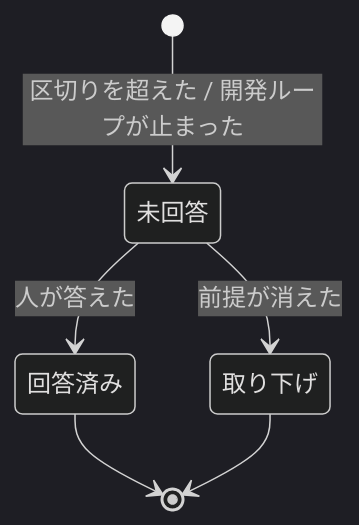
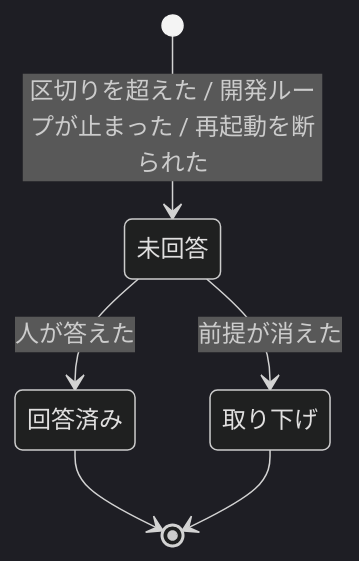
The sixth of 6 diagrams in issues/issue-2649-design.md (devbasex/ai-plugins), drawn with Mermaid (dark theme) before and after one commit. The commit also changed other lines of this file and 2 other files, not shown here.

````diff
--- a/issues/issue-2649-design.md
+++ b/issues/issue-2649-design.md
@@ -369,8 +379,8 @@
 ```mermaid
 stateDiagram-v2
-    [*] --> 未回答: 区切りを超えた / 開発ループが止まった
+    [*] --> 未回答: 区切りを超えた / 開発ループが止まった / 再起動を断られた
     未回答 --> 回答済み: 人が答えた
     未回答 --> 取り下げ: 前提が消えた
     回答済み --> [*]
     取り下げ --> [*]
 ```
````
